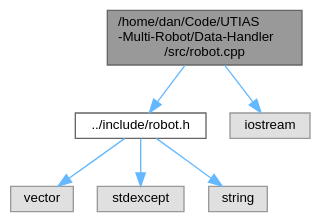
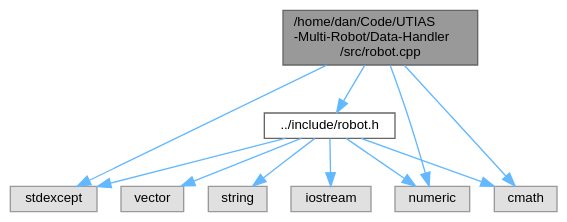
One commit to DanielIngham/Cooperative-Positioning-Data-Handler changed the diagram in docs/robot_8cpp__incl.dot. Above: the diagram before and after it, drawn with Graphviz. The commit also changed 55 other files, not shown here.

```diff
--- a/docs/robot_8cpp__incl.dot
+++ b/docs/robot_8cpp__incl.dot
@@ -1,18 +1,25 @@
 digraph "/home/dan/Code/UTIAS-Multi-Robot/Data-Handler/src/robot.cpp"
 {
  // LATEX_PDF_SIZE
   bgcolor="transparent";
   edge [fontname=Helvetica,fontsize=10,labelfontname=Helvetica,labelfontsize=10];
   node [fontname=Helvetica,fontsize=10,shape=box,height=0.2,width=0.4];
-  Node1 [id="Node000001",label="/home/dan/Code/UTIAS\l-Multi-Robot/Data-Handler\l/src/robot.cpp",height=0.2,width=0.4,color="gray40", fillcolor="grey60", style="filled", fontcolor="black",tooltip=" "];
+  Node1 [id="Node000001",label="/home/dan/Code/UTIAS\l-Multi-Robot/Data-Handler\l/src/robot.cpp",height=0.2,width=0.4,color="gray40", fillcolor="grey60", style="filled", fontcolor="black",tooltip="Class implementation file responsible for the robot datastructor."];
   Node1 -> Node2 [id="edge1_Node000001_Node000002",color="steelblue1",style="solid",tooltip=" "];
   Node2 [id="Node000002",label="../include/robot.h",height=0.2,width=0.4,color="grey40", fillcolor="white", style="filled",URL="$robot_8h.html",tooltip="Header file of the Robot class."];
   Node2 -> Node3 [id="edge2_Node000002_Node000003",color="steelblue1",style="solid",tooltip=" "];
   Node3 [id="Node000003",label="vector",height=0.2,width=0.4,color="grey60", fillcolor="#E0E0E0", style="filled",tooltip=" "];
   Node2 -> Node4 [id="edge3_Node000002_Node000004",color="steelblue1",style="solid",tooltip=" "];
   Node4 [id="Node000004",label="stdexcept",height=0.2,width=0.4,color="grey60", fillcolor="#E0E0E0", style="filled",tooltip=" "];
   Node2 -> Node5 [id="edge4_Node000002_Node000005",color="steelblue1",style="solid",tooltip=" "];
   Node5 [id="Node000005",label="string",height=0.2,width=0.4,color="grey60", fillcolor="#E0E0E0", style="filled",tooltip=" "];
-  Node1 -> Node6 [id="edge5_Node000001_Node000006",color="steelblue1",style="solid",tooltip=" "];
+  Node2 -> Node6 [id="edge5_Node000002_Node000006",color="steelblue1",style="solid",tooltip=" "];
   Node6 [id="Node000006",label="iostream",height=0.2,width=0.4,color="grey60", fillcolor="#E0E0E0", style="filled",tooltip=" "];
+  Node2 -> Node7 [id="edge6_Node000002_Node000007",color="steelblue1",style="solid",tooltip=" "];
+  Node7 [id="Node000007",label="numeric",height=0.2,width=0.4,color="grey60", fillcolor="#E0E0E0", style="filled",tooltip=" "];
+  Node2 -> Node8 [id="edge7_Node000002_Node000008",color="steelblue1",style="solid",tooltip=" "];
+  Node8 [id="Node000008",label="cmath",height=0.2,width=0.4,color="grey60", fillcolor="#E0E0E0", style="filled",tooltip=" "];
+  Node1 -> Node8 [id="edge8_Node000001_Node000008",color="steelblue1",style="solid",tooltip=" "];
+  Node1 -> Node7 [id="edge9_Node000001_Node000007",color="steelblue1",style="solid",tooltip=" "];
+  Node1 -> Node4 [id="edge10_Node000001_Node000004",color="steelblue1",style="solid",tooltip=" "];
 }
```
